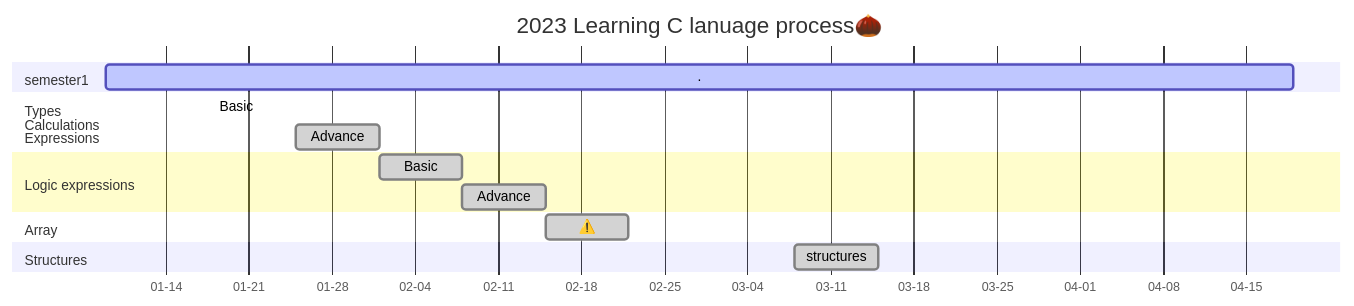
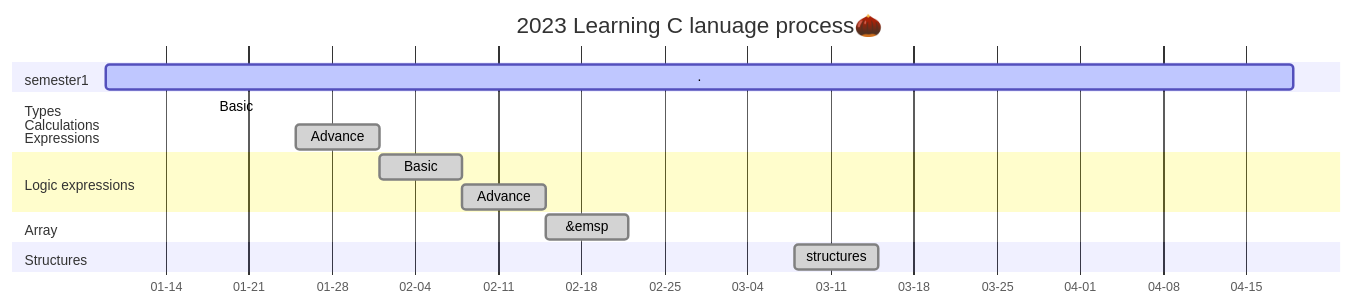
One commit to AimeeWen1992/Learning-C changed the diagram in README.md. Above: the diagram before and after it, drawn with Mermaid.

````diff
--- a/README.md
+++ b/README.md
@@ -15,24 +15,24 @@
 ```mermaid
 gantt
 title 2023 Learning C lanuage process🌰 
 dateFormat YYYY-MM-DD
 axisFormat %m-%d
 section semester1
         .            :active,01-09,100d
 section Types<br />Calculations<br />Expressions
         Basic   :done,01-18,7
         Advance :done,01-25,7d
 
 section Logic expressions
         Basic   :done,des1,02-01,7d
         Advance :done,des2,after des1,7d
 
 section Array
-        ⚠️:done,02-15,7d
+        &emsp:done,02-15,7d
 
 section Structures
         structures :done,03-08,7d
 
 section Fountion
 
 ```
````
